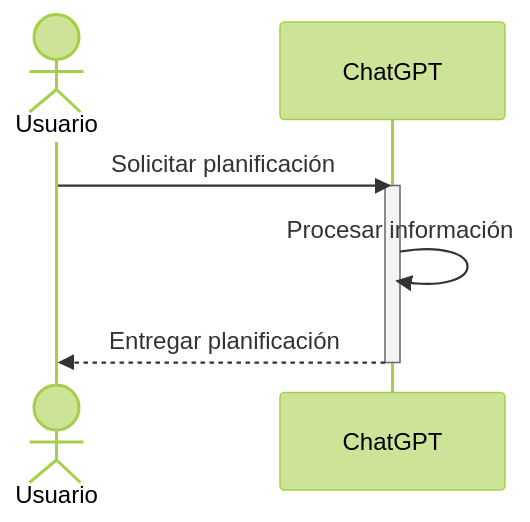
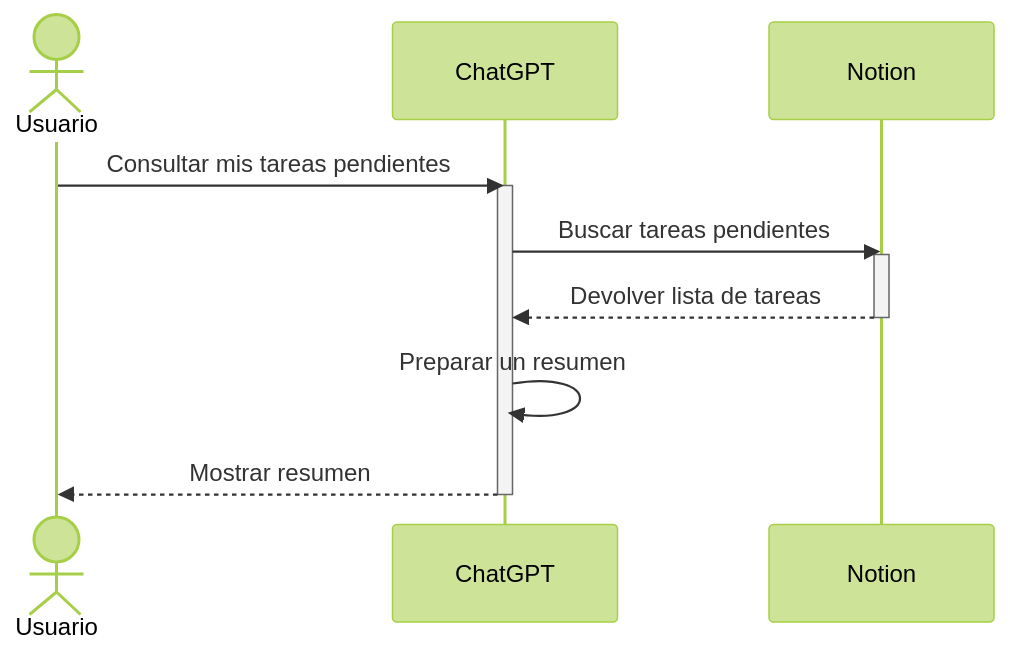
Before and after one commit to YAGAFMM/agents: the third of 5 diagrams in assets/sequence-diagrams.md, drawn with Mermaid (forest theme). The commit also changed other lines of this file, not shown here.

Commit message:
Clarify when sequence activations are useful

````diff
--- a/assets/sequence-diagrams.md
+++ b/assets/sequence-diagrams.md
@@ -73,11 +77,16 @@
 ```mermaid
 sequenceDiagram
     actor U as Usuario
     participant C as ChatGPT
+    participant N as Notion
 
-    U->>C: Solicitar planificación
+    U->>C: Consultar mis tareas pendientes
     activate C
-    C->>C: Procesar información
-    C-->>U: Entregar planificación
+    C->>N: Buscar tareas pendientes
+    activate N
+    N-->>C: Devolver lista de tareas
+    deactivate N
+    C->>C: Preparar un resumen
+    C-->>U: Mostrar resumen
     deactivate C
 ```
````
